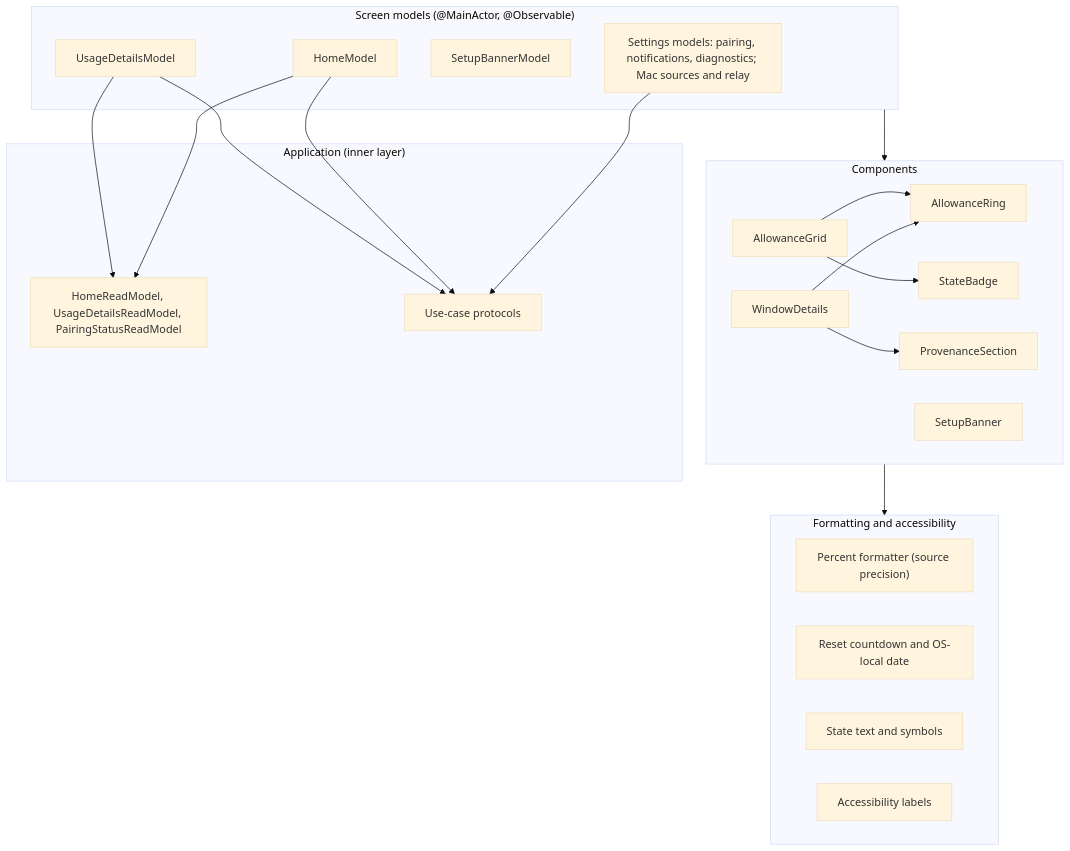
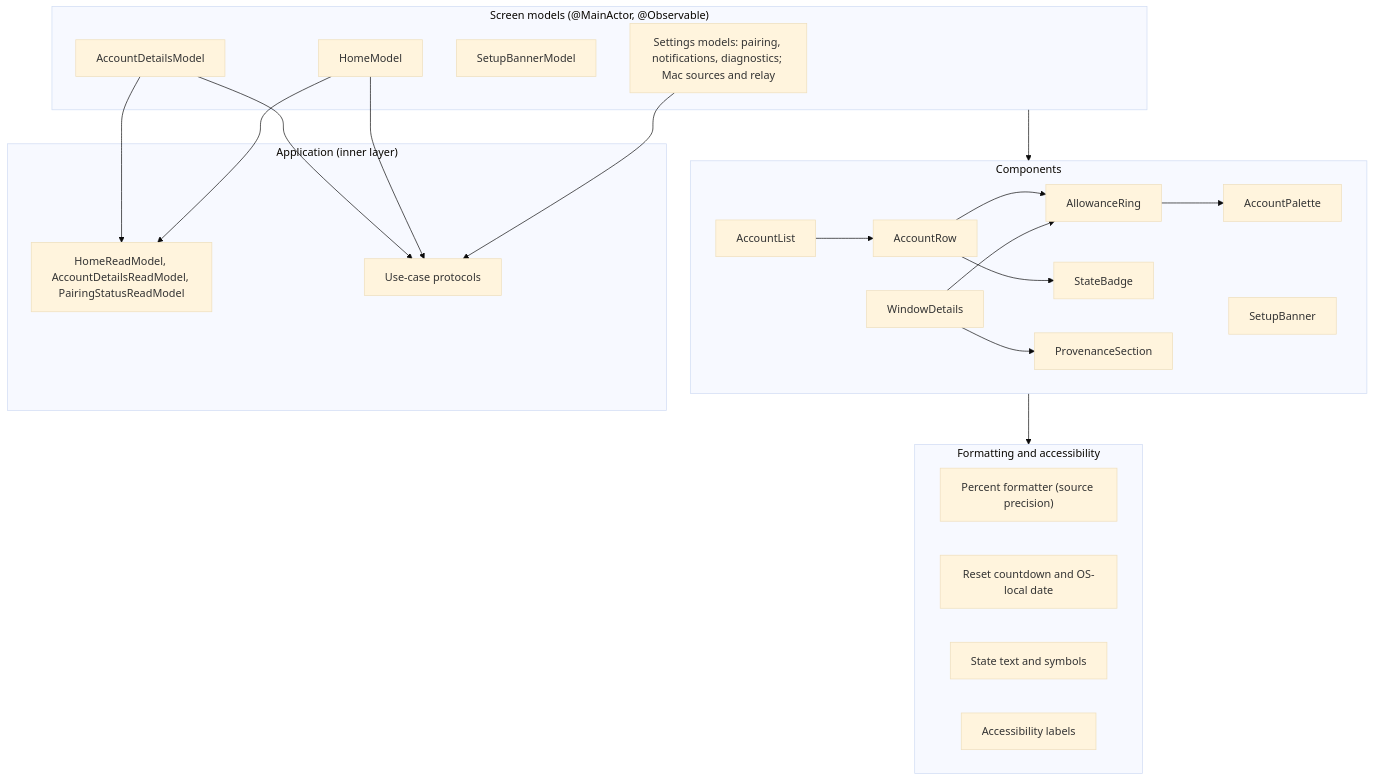
Before and after one commit to pastry-personal5/reset-radar: the diagram in docs/architecture/ui.md, drawn with Mermaid (base theme). The commit also changed other lines of this file and 28 other files, not shown here.

````diff
--- a/docs/architecture/ui.md
+++ b/docs/architecture/ui.md
@@ -25,38 +25,42 @@
 ```mermaid
 flowchart TB
   subgraph Screens["Screen models (@MainActor, @Observable)"]
     HomeModel
-    UsageDetailsModel
+    AccountDetailsModel
     SetupBannerModel
     SettingsModels["Settings models: pairing, notifications, diagnostics; Mac sources and relay"]
   end
   subgraph Components["Components"]
-    AllowanceGrid
+    AccountList
+    AccountRow
+    AccountPalette
     AllowanceRing
     WindowDetails
     StateBadge
     ProvenanceSection
     SetupBanner
   end
   subgraph Formatting["Formatting and accessibility"]
     PercentFormatter["Percent formatter (source precision)"]
     ResetFormatter["Reset countdown and OS-local date"]
     StateText["State text and symbols"]
     A11y["Accessibility labels"]
   end
   subgraph AppLayer["Application (inner layer)"]
-    ReadModels["HomeReadModel, UsageDetailsReadModel, PairingStatusReadModel"]
+    ReadModels["HomeReadModel, AccountDetailsReadModel, PairingStatusReadModel"]
     UseCaseProtocols["Use-case protocols"]
   end
   HomeModel --> ReadModels
-  UsageDetailsModel --> ReadModels
+  AccountDetailsModel --> ReadModels
   SettingsModels --> UseCaseProtocols
   HomeModel --> UseCaseProtocols
-  UsageDetailsModel --> UseCaseProtocols
-  AllowanceGrid --> AllowanceRing
-  AllowanceGrid --> StateBadge
+  AccountDetailsModel --> UseCaseProtocols
+  AccountList --> AccountRow
+  AccountRow --> AllowanceRing
+  AllowanceRing --> AccountPalette
+  AccountRow --> StateBadge
   WindowDetails --> AllowanceRing
   WindowDetails --> ProvenanceSection
   Components --> Formatting
   Screens --> Components
 ```
````
